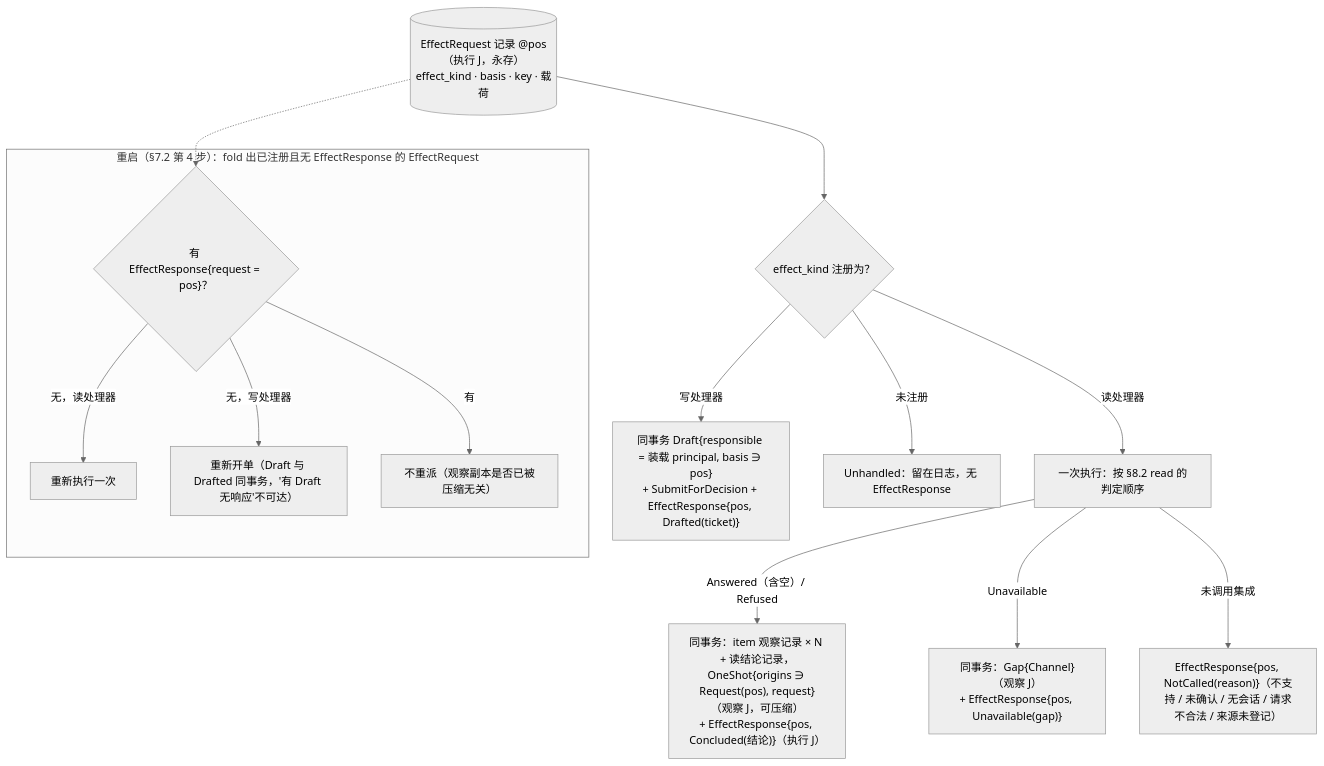
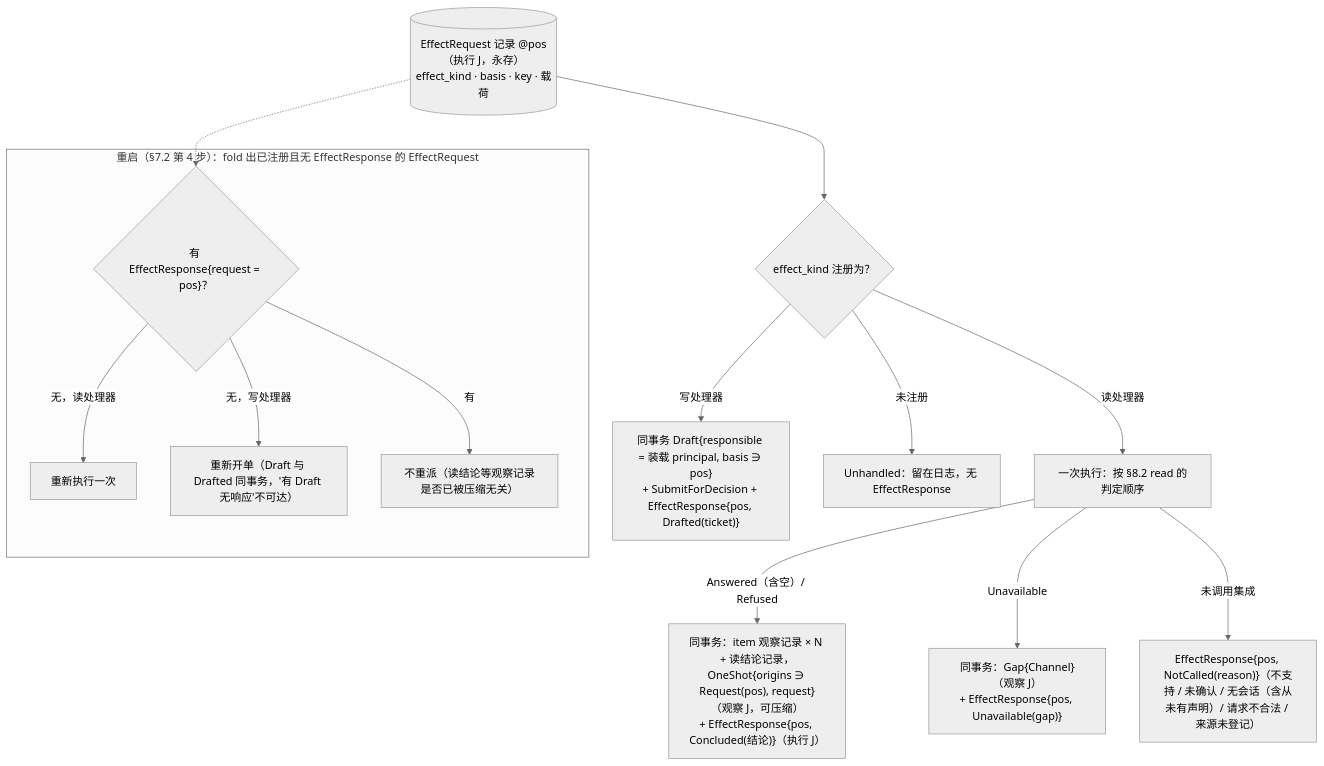
Before and after one commit to mouriya-s-lab/uta: the third of 3 diagrams in design/diagrams/04-program-host.md, drawn with Mermaid (neutral theme). The commit also changed other lines of this file and 19 other files, not shown here.

Commit message:
design: integrate contract clusters — one-to-many receipt/reconciliation records with per-record attribution, read_model signatures per kind, unified not-called read outcomes, observation-record wording across diagrams, reference and glossary alignment

````diff
--- a/design/diagrams/04-program-host.md
+++ b/design/diagrams/04-program-host.md
@@ -98,19 +98,19 @@
 ```mermaid
 flowchart TB
   ER[("EffectRequest 记录 @pos（执行 J，永存）<br/>effect_kind · basis · key · 载荷")]
   REG{"effect_kind 注册为？"}
   ER --> REG
   REG -->|"读处理器"| RD["一次执行：按 §8.2 read 的判定顺序"]
   RD -->|"Answered（含空）/ Refused"| R1["同事务：item 观察记录 × N + 读结论记录，OneShot{origins ∋ Request(pos), request}（观察 J，可压缩）<br/>+ EffectResponse{pos, Concluded(结论)}（执行 J）"]
   RD -->|"Unavailable"| R2["同事务：Gap{Channel}（观察 J）<br/>+ EffectResponse{pos, Unavailable(gap)}"]
-  RD -->|"未调用集成"| R3["EffectResponse{pos, NotCalled(reason)}（不支持 / 未确认 / 无会话 / 请求不合法 / 来源未登记）"]
+  RD -->|"未调用集成"| R3["EffectResponse{pos, NotCalled(reason)}（不支持 / 未确认 / 无会话（含从未有声明）/ 请求不合法 / 来源未登记）"]
   REG -->|"写处理器"| WR["同事务 Draft{responsible = 装载 principal, basis ∋ pos}<br/>+ SubmitForDecision + EffectResponse{pos, Drafted(ticket)}"]
   REG -->|"未注册"| UH["Unhandled：留在日志，无 EffectResponse"]
   subgraph RESTART["重启（§7.2 第 4 步）：fold 出已注册且无 EffectResponse 的 EffectRequest"]
     Q1{"有 EffectResponse{request = pos}？"}
     Q1 -->|"无，读处理器"| RD2["重新执行一次"]
     Q1 -->|"无，写处理器"| WR2["重新开单（Draft 与 Drafted 同事务，'有 Draft 无响应'不可达）"]
-    Q1 -->|"有"| SKIP["不重派（观察副本是否已被压缩无关）"]
+    Q1 -->|"有"| SKIP["不重派（读结论等观察记录是否已被压缩无关）"]
   end
   ER -.-> Q1
 ```
````
